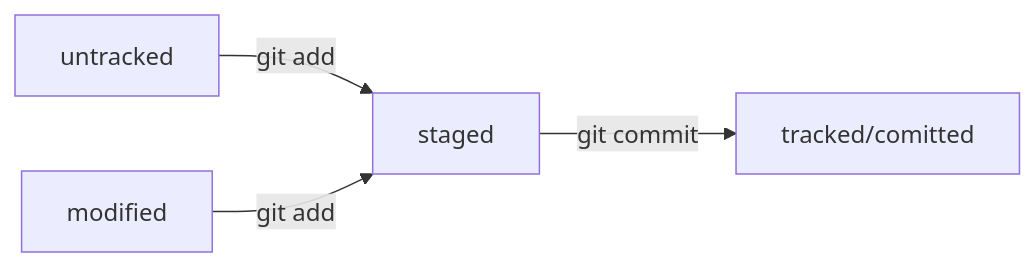
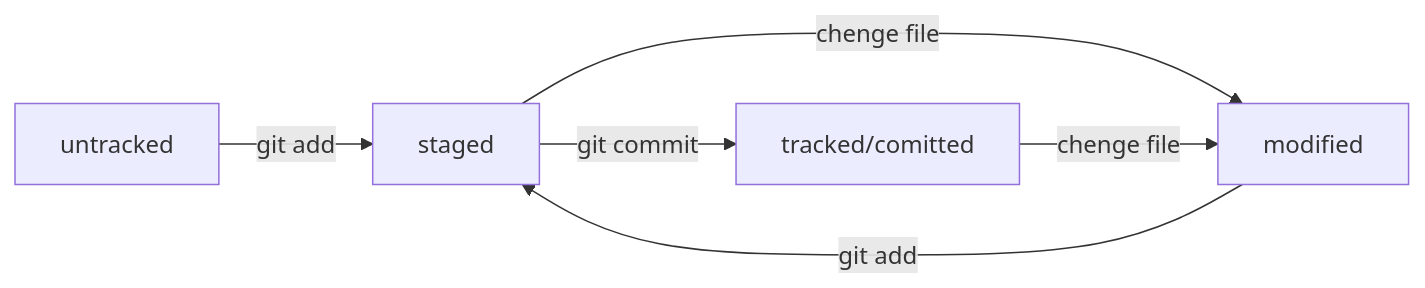
The diagram in README.md (Barzabel/practicum_yandex_git), drawn with Mermaid before and after one commit. The commit also changed other lines of this file, not shown here.

Commit message:
Изменить схему со состояниями файлов в git

````diff
--- a/README.md
+++ b/README.md
@@ -37,7 +39,9 @@
 ```mermaid
 graph LR;
 untracked;
   untracked -- "git add" --> staged;
   staged -- "git commit"    --> tracked/comitted;
+  staged -- "chenge file"    --> modified;
+  tracked/comitted -- "chenge file"    --> modified;;
   modified -- "git add" --> staged;
 ```
````
